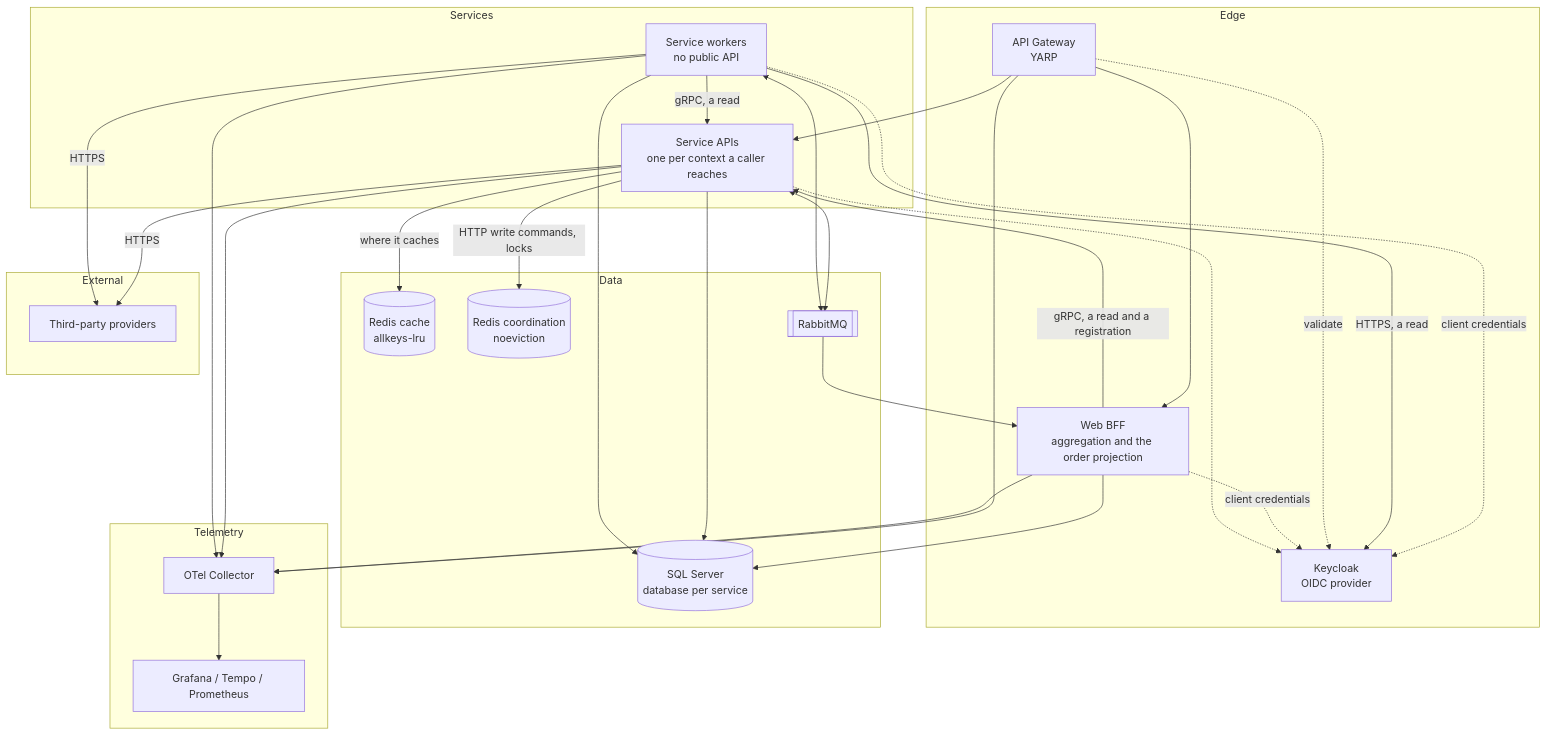
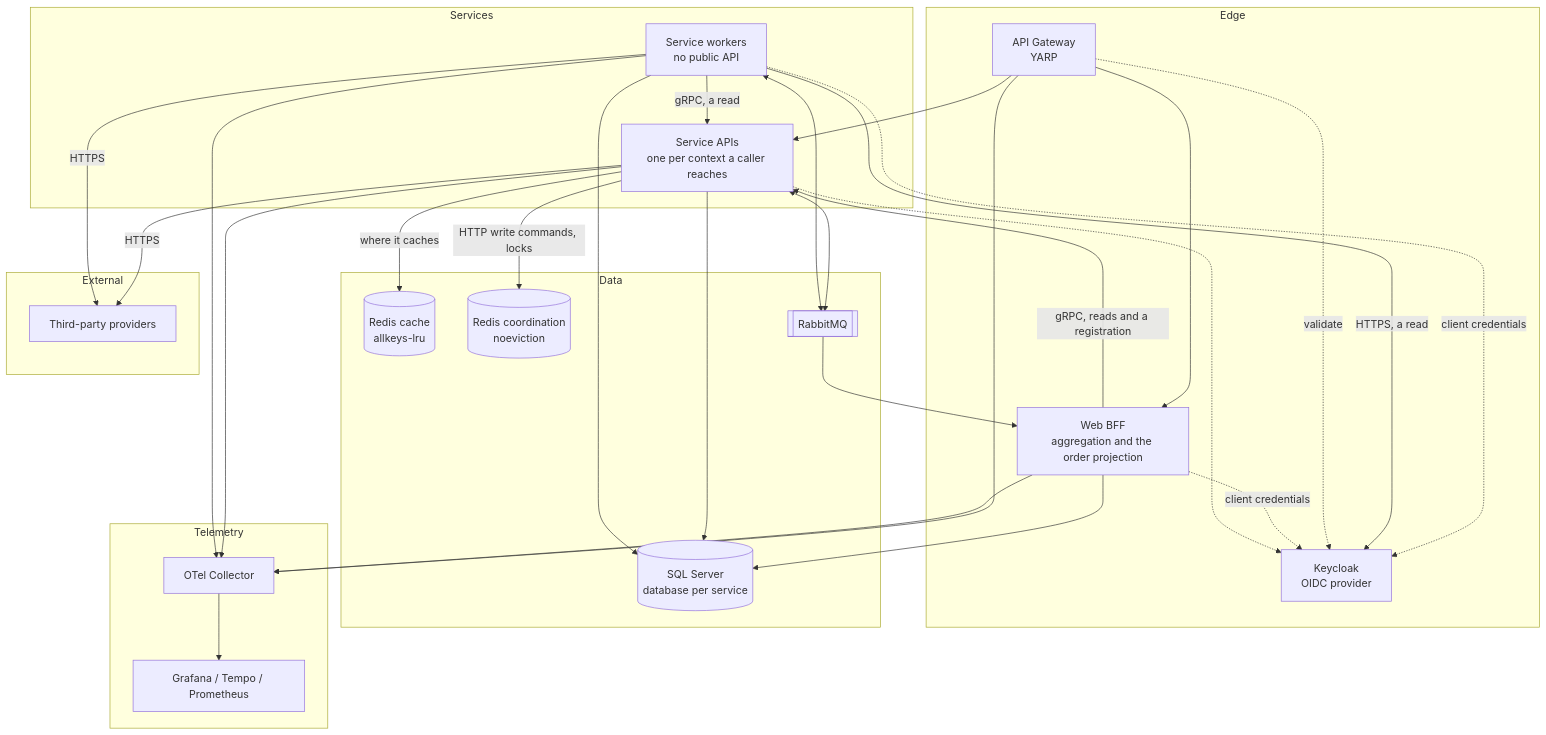
Before and after one commit to alexander-shamray/blueprint-backend: the second of 2 diagrams in docs/backend-architecture/02-architecture-at-a-glance.md, drawn with Mermaid. The commit also changed 9 other files, not shown here.

````diff
--- a/docs/backend-architecture/02-architecture-at-a-glance.md
+++ b/docs/backend-architecture/02-architecture-at-a-glance.md
@@ -27,62 +27,62 @@
 ```mermaid
 graph TB
     subgraph Edge
         GW[API Gateway<br/>YARP]
         BFF[Web BFF<br/>aggregation and the order projection]
         IDP[Keycloak<br/>OIDC provider]
     end
 
     subgraph Services
         API[Service APIs<br/>one per context a caller reaches]
         WRK[Service workers<br/>no public API]
     end
 
     subgraph Data
         SQL[(SQL Server<br/>database per service)]
         RC[(Redis cache<br/>allkeys-lru)]
         RK[(Redis coordination<br/>noeviction)]
         MQ[[RabbitMQ]]
     end
 
     subgraph Telemetry
         OTEL[OTel Collector]
         GRAF[Grafana / Tempo / Prometheus]
     end
 
     subgraph External
         PSP[Third-party providers]
     end
 
     GW --> API
     GW --> BFF
 
-    BFF -->|gRPC, a read and a registration| API
+    BFF -->|gRPC, reads and a registration| API
 
     WRK -->|gRPC, a read| API
     WRK -.->|client credentials| IDP
     WRK -->|HTTPS, a read| IDP
 
     API -->|HTTPS| PSP
     WRK -->|HTTPS| PSP
 
     GW -.->|validate| IDP
     BFF -.->|client credentials| IDP
     API -.-> IDP
 
     API --> SQL
     WRK --> SQL
     BFF --> SQL
 
     API -->|where it caches| RC
     API -->|HTTP write commands, locks| RK
 
     API <--> MQ
     WRK <--> MQ
     MQ --> BFF
 
     API --> OTEL
     WRK --> OTEL
     GW  --> OTEL
     BFF --> OTEL
     OTEL --> GRAF
 ```
````
